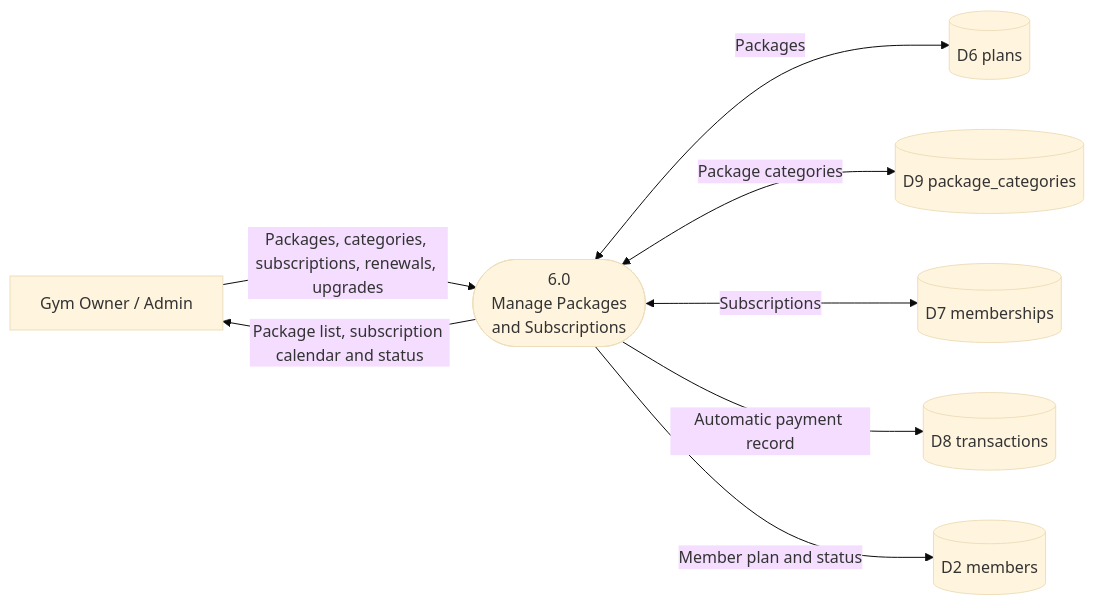
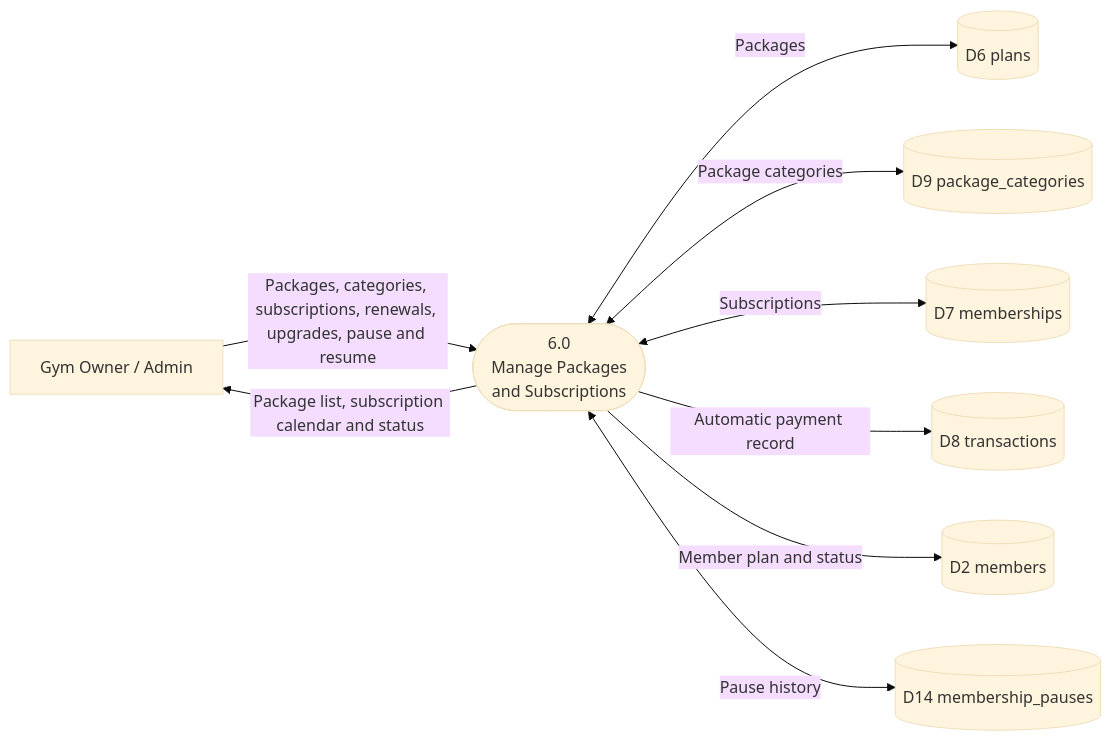
One commit to Plonteras191/GYM2-CAPSTONE changed the first of 5 diagrams in Correct_Diagrams/3B_Data_Flow_Diagram_Processes_6_to_10.md. Above: the diagram before and after it, drawn with Mermaid (base theme). The commit also changed other lines of this file and 26 other files, not shown here.

First line of the commit message:
docs: align all documents with pause/resume, the Attendance page and no Annual

````diff
--- a/Correct_Diagrams/3B_Data_Flow_Diagram_Processes_6_to_10.md
+++ b/Correct_Diagrams/3B_Data_Flow_Diagram_Processes_6_to_10.md
@@ -13,18 +15,20 @@
 ```mermaid
 flowchart LR
     Admin["Gym Owner / Admin"]
     P6(["6.0<br/>Manage Packages<br/>and Subscriptions"])
     D2[("D2 members")]
     D6[("D6 plans")]
     D7[("D7 memberships")]
     D8[("D8 transactions")]
     D9[("D9 package_categories")]
+    D14[("D14 membership_pauses")]
 
-    Admin -->|"Packages, categories, subscriptions, renewals, upgrades"| P6
+    Admin -->|"Packages, categories, subscriptions, renewals, upgrades, pause and resume"| P6
     P6 -->|"Package list, subscription calendar and status"| Admin
     P6 <-->|"Packages"| D6
     P6 <-->|"Package categories"| D9
     P6 <-->|"Subscriptions"| D7
     P6 -->|"Automatic payment record"| D8
     P6 -->|"Member plan and status"| D2
+    P6 <-->|"Pause history"| D14
 ```
````
